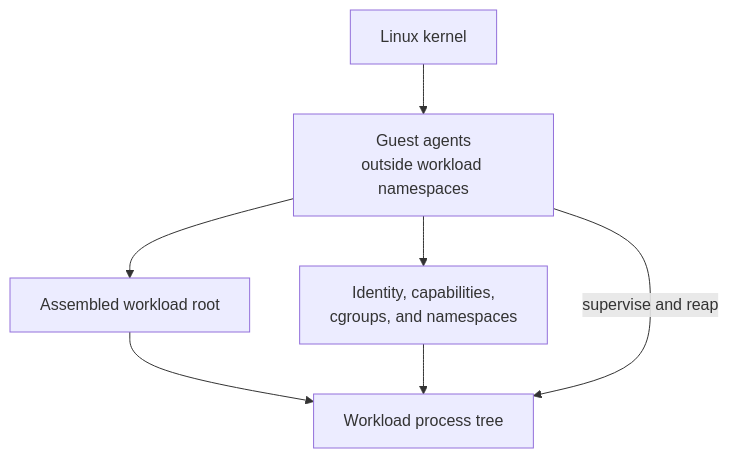
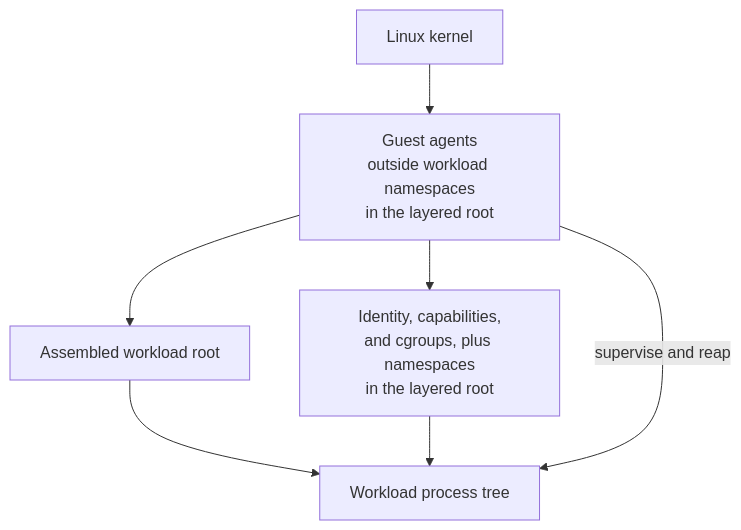
Before and after one commit to Jbansal2/nvx: the diagram in doc/design/4.2-guest-agents-and-workload-model.md, drawn with Mermaid. The commit also changed 7 other files, not shown here.

First line of the commit message:
doc: keep namespaces a layered-root property and scope NVXC policy

````diff
--- a/doc/design/4.2-guest-agents-and-workload-model.md
+++ b/doc/design/4.2-guest-agents-and-workload-model.md
@@ -19,15 +19,15 @@
 ```mermaid
 flowchart TB
    Kernel["Linux kernel"]
-   Agents["Guest agents<br/>outside workload namespaces"]
+   Agents["Guest agents<br/>outside workload namespaces<br/>in the layered root"]
    Root["Assembled workload root"]
-   Isolation["Identity, capabilities,<br/>cgroups, and namespaces"]
+   Isolation["Identity, capabilities,<br/>and cgroups, plus namespaces<br/>in the layered root"]
    Workload["Workload process tree"]
 
    Kernel --> Agents
    Agents --> Root
    Agents --> Isolation
    Root --> Workload
    Isolation --> Workload
    Agents -->|"supervise and reap"| Workload
 ```
````
